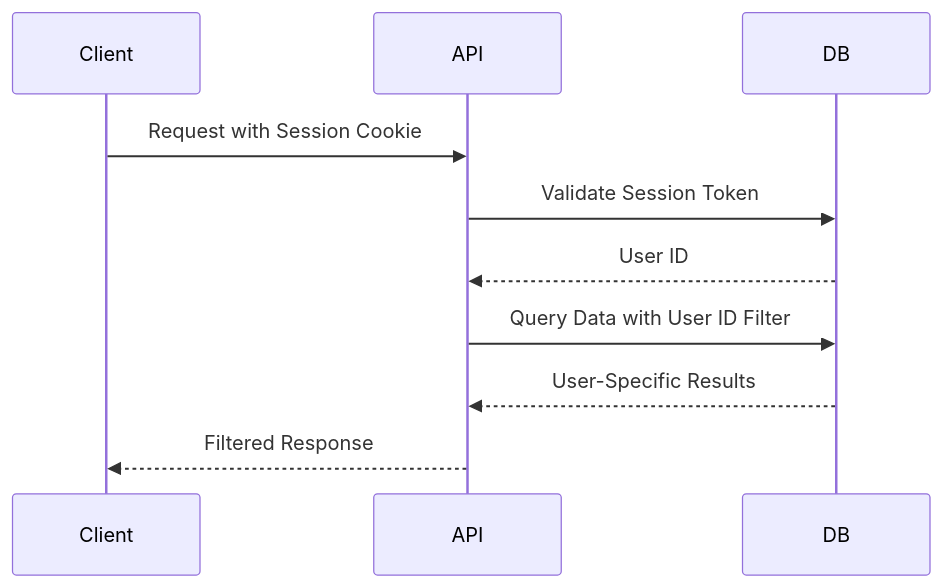
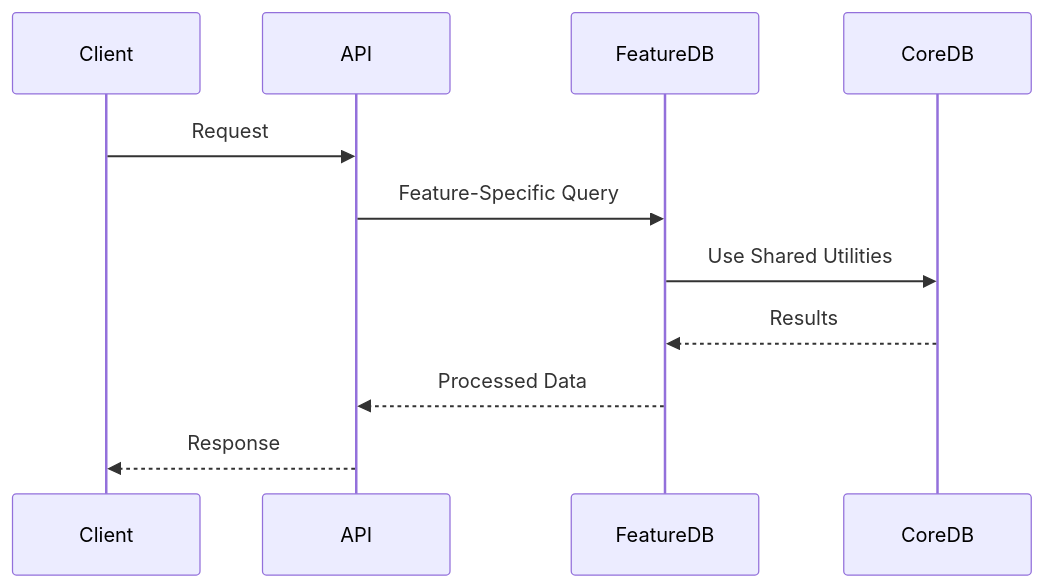
One commit to Guyyefet/Playlist-manager changed the second of 2 diagrams in DB_DOCUMENTATION.md. Above: the diagram before and after it, drawn with Mermaid. The commit also changed other lines of this file and 17 other files, not shown here.

````diff
--- a/DB_DOCUMENTATION.md
+++ b/DB_DOCUMENTATION.md
@@ -82,13 +87,14 @@
 ```mermaid
 sequenceDiagram
     participant Client
     participant API
-    participant DB
+    participant FeatureDB
+    participant CoreDB
     
-    Client->>API: Request with Session Cookie
-    API->>DB: Validate Session Token
-    DB-->>API: User ID
-    API->>DB: Query Data with User ID Filter
-    DB-->>API: User-Specific Results
-    API-->>Client: Filtered Response
+    Client->>API: Request
+    API->>FeatureDB: Feature-Specific Query
+    FeatureDB->>CoreDB: Use Shared Utilities
+    CoreDB-->>FeatureDB: Results
+    FeatureDB-->>API: Processed Data
+    API-->>Client: Response
 ```
````
